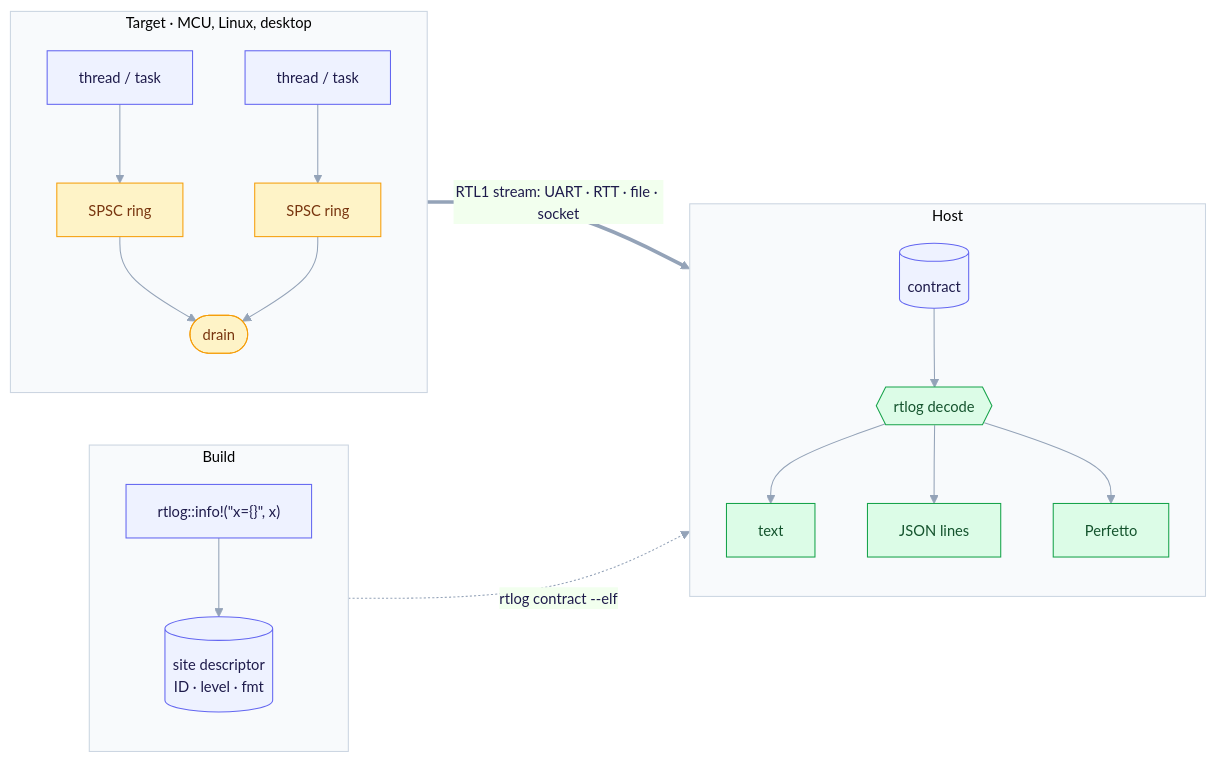
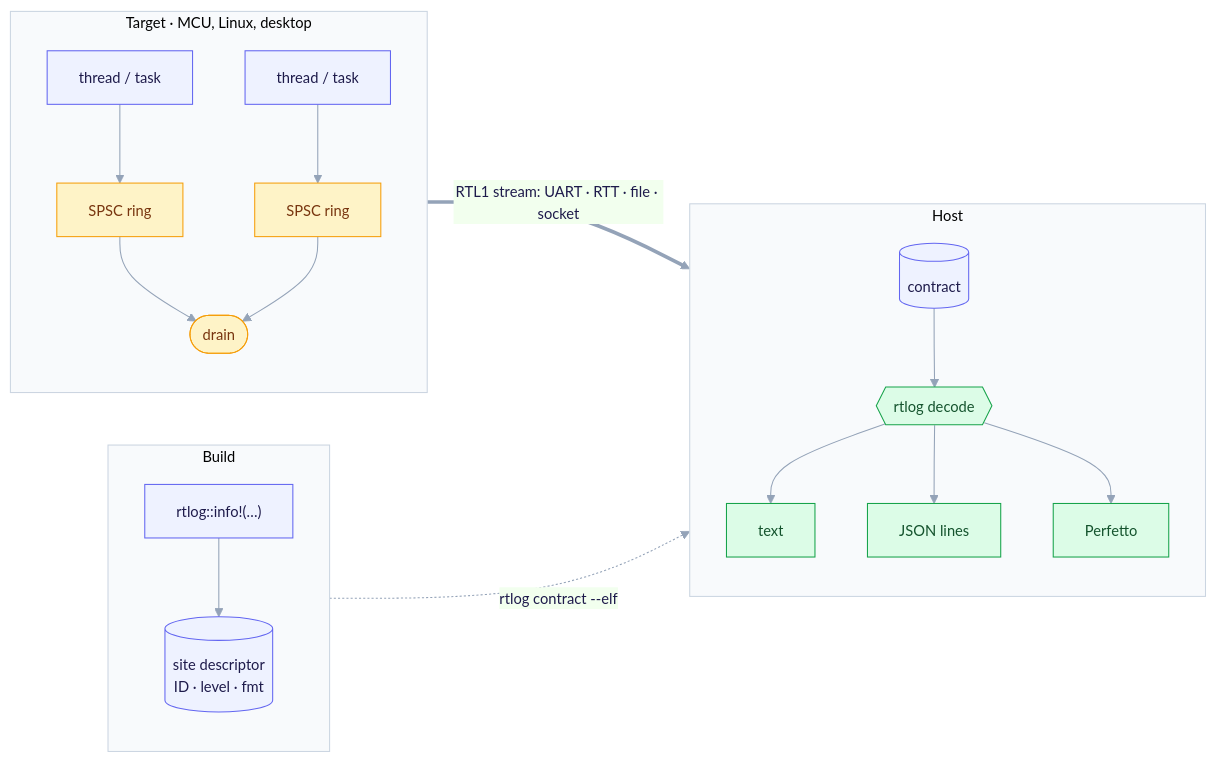
The first of 2 diagrams in docs/architecture.md (NieWil/rtlog), drawn with Mermaid before and after one commit. The commit also changed 1 other file, not shown here.

Commit message:
docs: fix the architecture diagram on GitHub; absolute changelog link
GitHub decodes `&quot;` before handing the diagram to Mermaid, so the
node label `rtlog::info!(&quot;x={}&quot;, x)` became nested quotes and
the `{` parsed as a diamond node: "Parse error on line 4". The label is
now `rtlog::info!(…)`. Verified by parsing the raw diagram source with
Mermaid 11, which reproduces the old error and accepts the new text.

The changelog's implementation-notes link is now absolute so it also
works in release notes.

Claude-Session: https://claude.ai/code/session_01PtMPVMVGwHFjQVXYaBWxih

````diff
--- a/docs/architecture.md
+++ b/docs/architecture.md
@@ -5,28 +5,28 @@
 ```mermaid
 %%{init: {"theme": "base", "themeVariables": {"fontSize": "14px", "primaryColor": "#eef2ff", "primaryBorderColor": "#6366f1", "primaryTextColor": "#1e1b4b", "lineColor": "#94a3b8", "clusterBkg": "#f8fafc", "clusterBorder": "#cbd5e1"}}}%%
 flowchart LR
   subgraph B["Build"]
     direction TB
-    M["rtlog::info!(&quot;x={}&quot;, x)"] --> S[("site descriptor<br/>ID · level · fmt")]
+    M["rtlog::info!(…)"] --> S[("site descriptor<br/>ID · level · fmt")]
   end
   subgraph T["Target · MCU, Linux, desktop"]
     direction TB
     T1["thread / task"] --> R1["SPSC ring"]
     T2["thread / task"] --> R2["SPSC ring"]
     R1 --> D(["drain"])
     R2 --> D
   end
   subgraph H["Host"]
     direction TB
     C[("contract")] --> DEC{{"rtlog decode"}}
     DEC --> O1["text"]
     DEC --> O2["JSON lines"]
     DEC --> O3["Perfetto"]
   end
   S -. "rtlog contract --elf" .-> C
   D == "RTL1 stream: UART · RTT · file · socket" ==> DEC
   classDef hot fill:#fef3c7,stroke:#f59e0b,color:#78350f
   classDef host fill:#dcfce7,stroke:#16a34a,color:#14532d
   class R1,R2,D hot
   class DEC,O1,O2,O3 host
 ```
````
